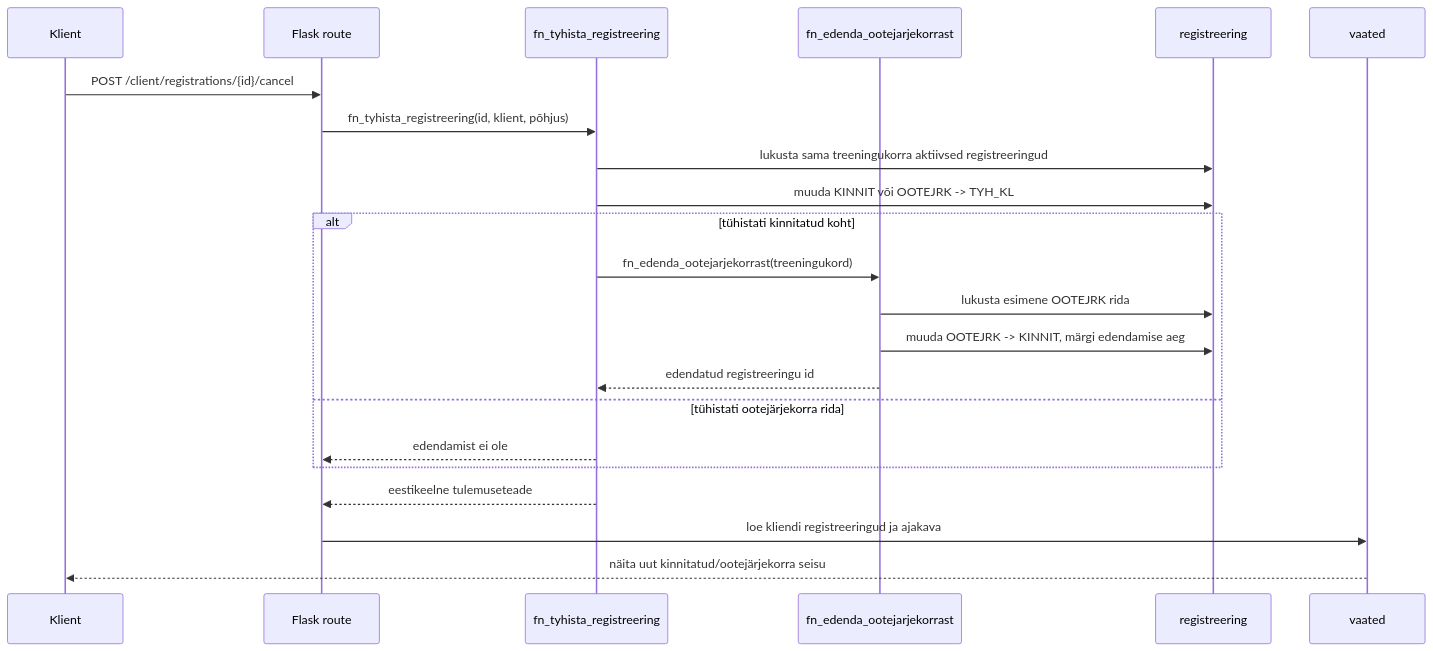
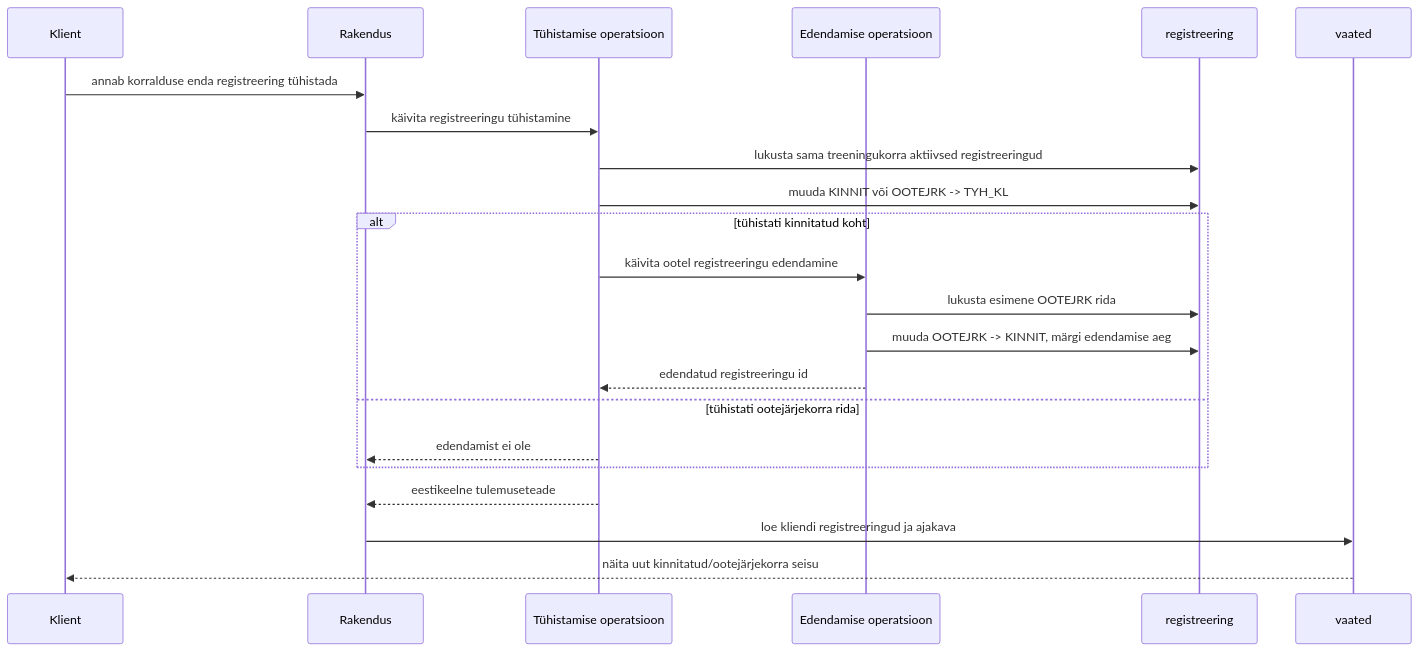
Before and after one commit to tamkivi/andmebaasid-projekt: the diagram in diagrams/07_waitlist_sequence.mmd, drawn with Mermaid. The commit also changed 26 other files, not shown here.

```diff
--- a/diagrams/07_waitlist_sequence.mmd
+++ b/diagrams/07_waitlist_sequence.mmd
@@ -1,23 +1,23 @@
 sequenceDiagram
     participant K as Klient
-    participant F as Flask route
-    participant T as fn_tyhista_registreering
-    participant E as fn_edenda_ootejarjekorrast
+    participant F as Rakendus
+    participant T as Tühistamise operatsioon
+    participant E as Edendamise operatsioon
     participant R as registreering
     participant V as vaated
 
-    K->>F: POST /client/registrations/{id}/cancel
-    F->>T: fn_tyhista_registreering(id, klient, põhjus)
+    K->>F: annab korralduse enda registreering tühistada
+    F->>T: käivita registreeringu tühistamine
     T->>R: lukusta sama treeningukorra aktiivsed registreeringud
     T->>R: muuda KINNIT või OOTEJRK -> TYH_KL
     alt tühistati kinnitatud koht
-        T->>E: fn_edenda_ootejarjekorrast(treeningukord)
+        T->>E: käivita ootel registreeringu edendamine
         E->>R: lukusta esimene OOTEJRK rida
         E->>R: muuda OOTEJRK -> KINNIT, märgi edendamise aeg
         E-->>T: edendatud registreeringu id
     else tühistati ootejärjekorra rida
         T-->>F: edendamist ei ole
     end
     T-->>F: eestikeelne tulemuseteade
     F->>V: loe kliendi registreeringud ja ajakava
     V-->>K: näita uut kinnitatud/ootejärjekorra seisu
```
